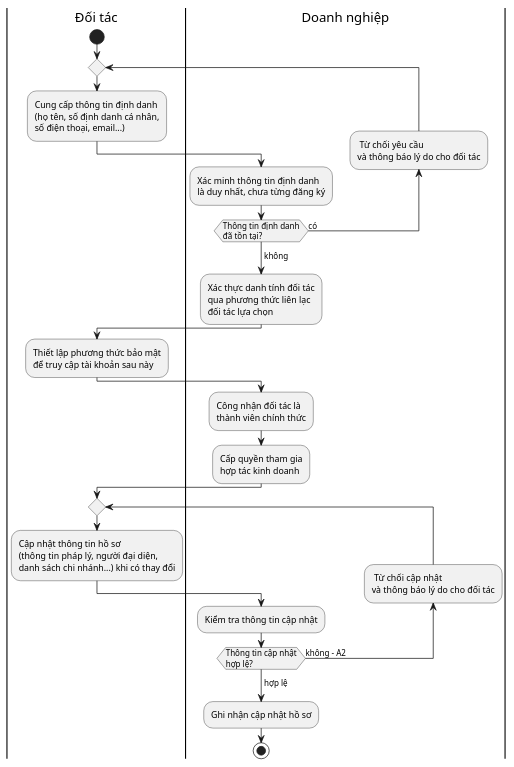
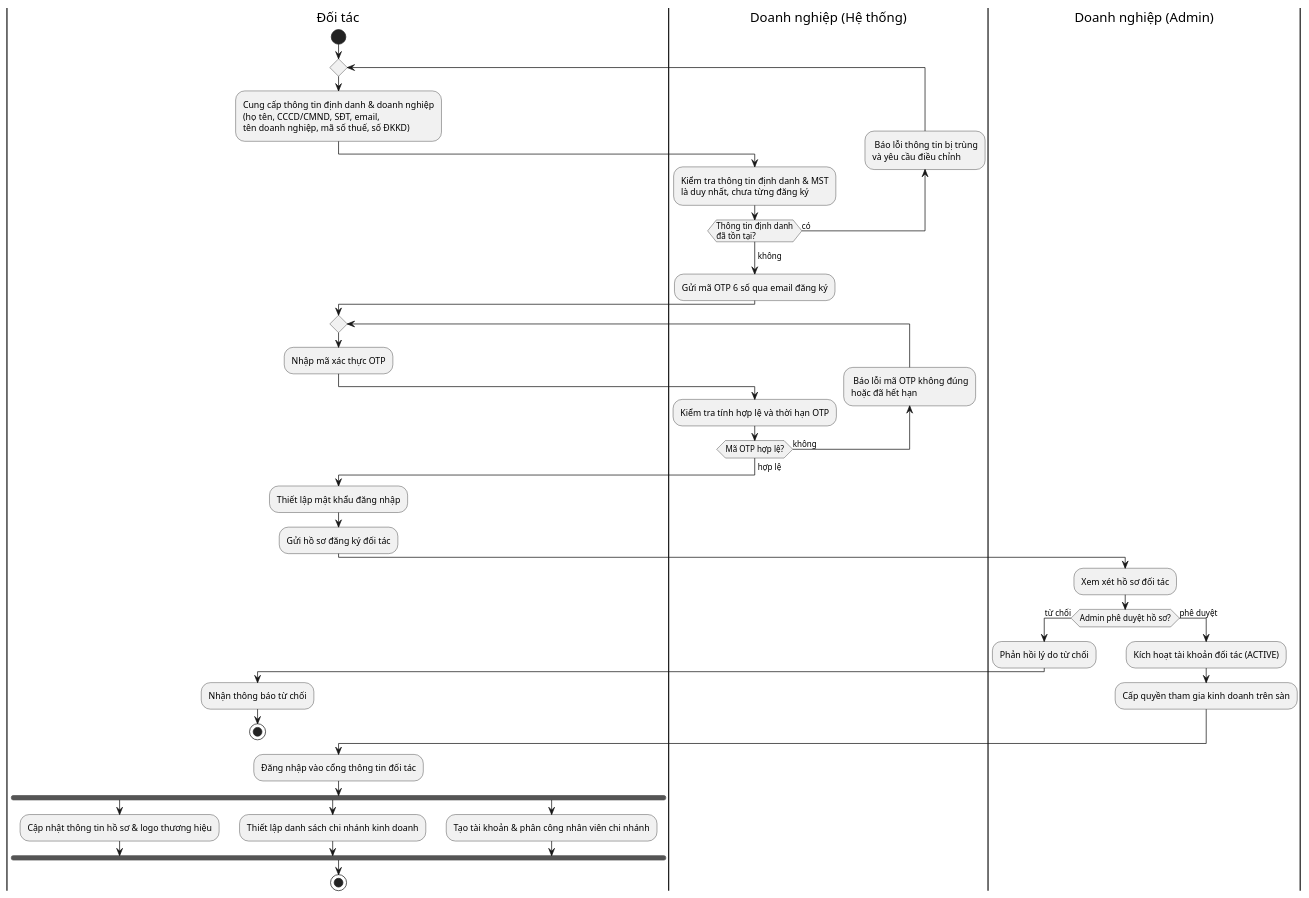
The diagram in doc/activity/doitac/BUC01_thiet_lap_quan_he_doi_tac.wsd (Ngo-The-Dat/e-voucher-system), drawn with PlantUML before and after one commit. The commit also changed 4 other files, not shown here.

Commit message:
feat: update use case diagrams for partner management and voucher system, enhancing detail and clarity

```diff
--- a/doc/activity/doitac/BUC01_thiet_lap_quan_he_doi_tac.wsd
+++ b/doc/activity/doitac/BUC01_thiet_lap_quan_he_doi_tac.wsd
@@ -1,50 +1,61 @@
 @startuml
 |Đối tác|
 start
 
 repeat
-  :Cung cấp thông tin định danh
-  (họ tên, số định danh cá nhân,
-  số điện thoại, email...);
+  :Cung cấp thông tin định danh & doanh nghiệp
+  (họ tên, CCCD/CMND, SĐT, email,
+  tên doanh nghiệp, mã số thuế, số ĐKKD);
 
-  |Doanh nghiệp|
-  :Xác minh thông tin định danh
+  |Doanh nghiệp (Hệ thống)|
+  :Kiểm tra thông tin định danh & MST
   là duy nhất, chưa từng đăng ký;
 
-  backward: Từ chối yêu cầu\nvà thông báo lý do cho đối tác;
-repeat while (Thông tin định danh
-đã tồn tại?) is (có)
+  backward: Báo lỗi thông tin bị trùng\nvà yêu cầu điều chỉnh;
+repeat while (Thông tin định danh\nđã tồn tại?) is (có)
 ->không;
 
-  |Doanh nghiệp|
-:Xác thực danh tính đối tác
-qua phương thức liên lạc
-đối tác lựa chọn;
-
-|Đối tác|
-:Thiết lập phương thức bảo mật
-để truy cập tài khoản sau này;
-
-|Doanh nghiệp|
-:Công nhận đối tác là
-thành viên chính thức;
-:Cấp quyền tham gia
-hợp tác kinh doanh;
+|Doanh nghiệp (Hệ thống)|
+:Gửi mã OTP 6 số qua email đăng ký;
 
 |Đối tác|
 repeat
-  :Cập nhật thông tin hồ sơ
-  (thông tin pháp lý, người đại diện,
-  danh sách chi nhánh...) khi có thay đổi;
+  :Nhập mã xác thực OTP;
 
-  |Doanh nghiệp|
-  :Kiểm tra thông tin cập nhật;
+  |Doanh nghiệp (Hệ thống)|
+  :Kiểm tra tính hợp lệ và thời hạn OTP;
 
-  backward: Từ chối cập nhật\nvà thông báo lý do cho đối tác;
-repeat while (Thông tin cập nhật
-hợp lệ?) is (không - A2)
+  backward: Báo lỗi mã OTP không đúng\nhoặc đã hết hạn;
+repeat while (Mã OTP hợp lệ?) is (không)
 ->hợp lệ;
 
-:Ghi nhận cập nhật hồ sơ;
+|Đối tác|
+:Thiết lập mật khẩu đăng nhập;
+:Gửi hồ sơ đăng ký đối tác;
+
+|Doanh nghiệp (Admin)|
+:Xem xét hồ sơ đối tác;
+
+if (Admin phê duyệt hồ sơ?) then (từ chối)
+  :Phản hồi lý do từ chối;
+  |Đối tác|
+  :Nhận thông báo từ chối;
+  stop
+else (phê duyệt)
+  |Doanh nghiệp (Admin)|
+  :Kích hoạt tài khoản đối tác (ACTIVE);
+  :Cấp quyền tham gia kinh doanh trên sàn;
+endif
+
+|Đối tác|
+:Đăng nhập vào cổng thông tin đối tác;
+fork
+  :Cập nhật thông tin hồ sơ & logo thương hiệu;
+fork again
+  :Thiết lập danh sách chi nhánh kinh doanh;
+fork again
+  :Tạo tài khoản & phân công nhân viên chi nhánh;
+end fork
+
 stop
 @enduml
```
